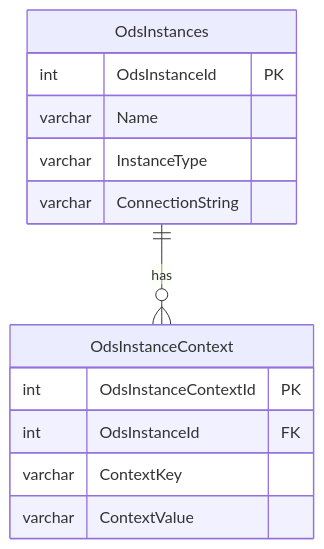
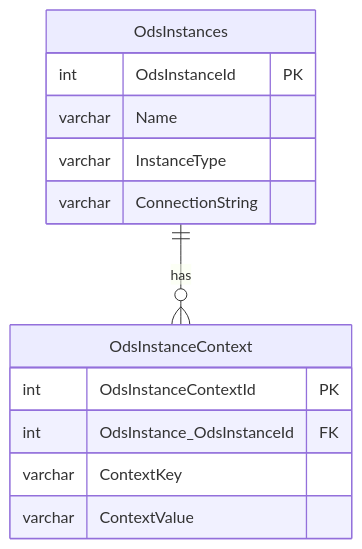
One commit to Ed-Fi-Alliance-OSS/ed-fi-alliance-oss.github.io changed the diagram in odsApi_versioned_docs/version-7.3/platform-dev-guide/configuration/context-based-routing-for-year-specific-ods.md. Above: the diagram before and after it, drawn with Mermaid. The commit also changed other lines of this file, not shown here.

````diff
--- a/odsApi_versioned_docs/version-7.3/platform-dev-guide/configuration/context-based-routing-for-year-specific-ods.md
+++ b/odsApi_versioned_docs/version-7.3/platform-dev-guide/configuration/context-based-routing-for-year-specific-ods.md
@@ -53,18 +53,18 @@
 ```mermaid
 erDiagram
     OdsInstances ||--o{ OdsInstanceContext : has
 
     OdsInstances {
         int OdsInstanceId PK
         varchar Name
         varchar InstanceType
         varchar ConnectionString
     }
 
     OdsInstanceContext {
         int OdsInstanceContextId PK
-        int OdsInstanceId FK
+        int OdsInstance_OdsInstanceId FK
         varchar ContextKey
         varchar ContextValue
     }
 ```
````
